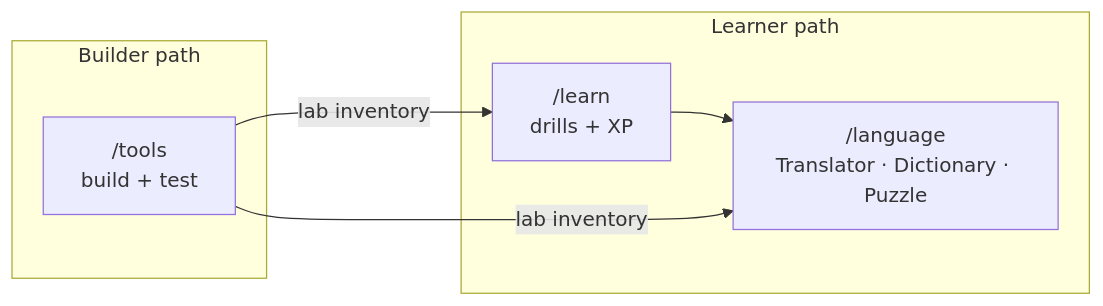
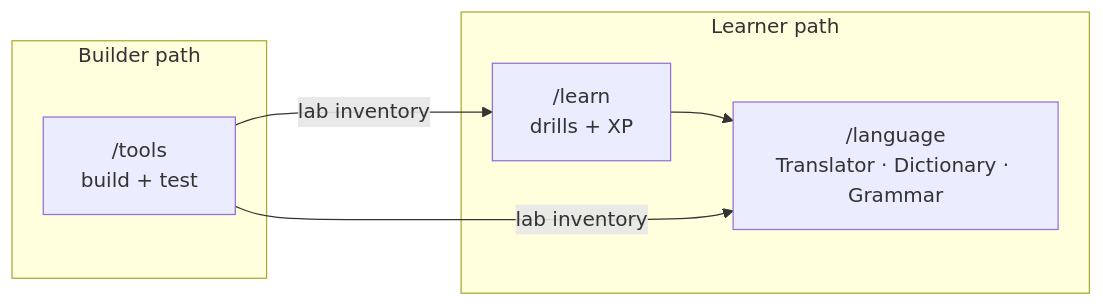
The second of 2 diagrams in docs/platform-overview.md (Fonora/fonora), drawn with Mermaid before and after one commit. The commit also changed other lines of this file and 180 other files, not shown here.

````diff
--- a/docs/platform-overview.md
+++ b/docs/platform-overview.md
@@ -57,13 +57,13 @@
 ```mermaid
 flowchart LR
   subgraph learnerPath [Learner path]
     LearnRoute["/learn\ndrills + XP"]
-    LangRoute["/language\nTranslator · Dictionary · Puzzle"]
+    LangRoute["/language\nTranslator · Dictionary · Grammar"]
   end
   subgraph builderPath [Builder path]
     ToolsRoute["/tools\nbuild + test"]
   end
   LearnRoute --> LangRoute
   ToolsRoute -->|"lab inventory"| LearnRoute
   ToolsRoute -->|"lab inventory"| LangRoute
 ```
````
